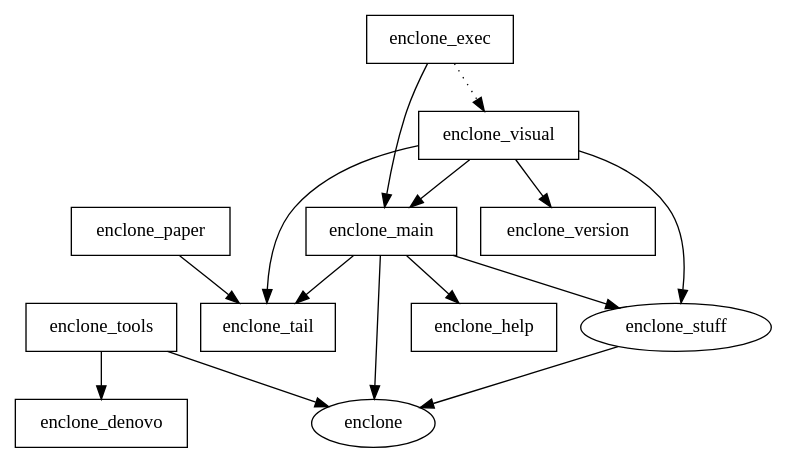
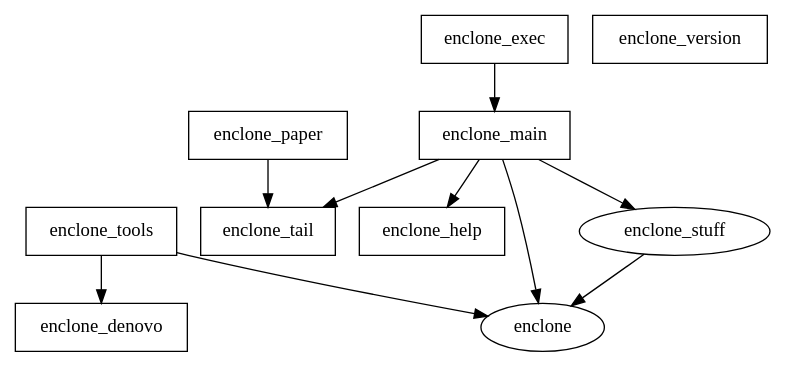
Before and after one commit to 10XGenomics/enclone: the diagram in crates.dot, drawn with Graphviz. The commit also changed 169 other files, not shown here.

First line of the commit message:
remove MirrorSparseMatrix; delete enclone_visual (#521)

```diff
--- a/crates.dot
+++ b/crates.dot
@@ -1,27 +1,21 @@
 digraph {
     0 [ label = "enclone_denovo" shape = box]
     1 [ label = "enclone_exec" shape = box]
     2 [ label = "enclone_main" shape = box]
     3 [ label = "enclone_help" shape = box]
     4 [ label = "enclone_tail" shape = box]
-    5 [ label = "enclone_visual" shape = box]
     6 [ label = "enclone_version" shape = box]
     7 [ label = "enclone_tools" shape = box]
     8 [ label = "enclone_paper" shape = box]
     41 [ label = "enclone" ]
     45 [ label = "enclone_stuff" ]
     1 -> 2 [ ]
-    1 -> 5 [ style = dotted]
     2 -> 41 [ ]
     2 -> 3 [ ]
     2 -> 45 [ ]
     2 -> 4 [ ]
-    5 -> 2 [ ]
-    5 -> 45 [ ]
-    5 -> 4 [ ]
-    5 -> 6 [ ]
     7 -> 41 [ ]
     7 -> 0 [ ]
     8 -> 4 [ ]
     45 -> 41 [ ]
 }
```
